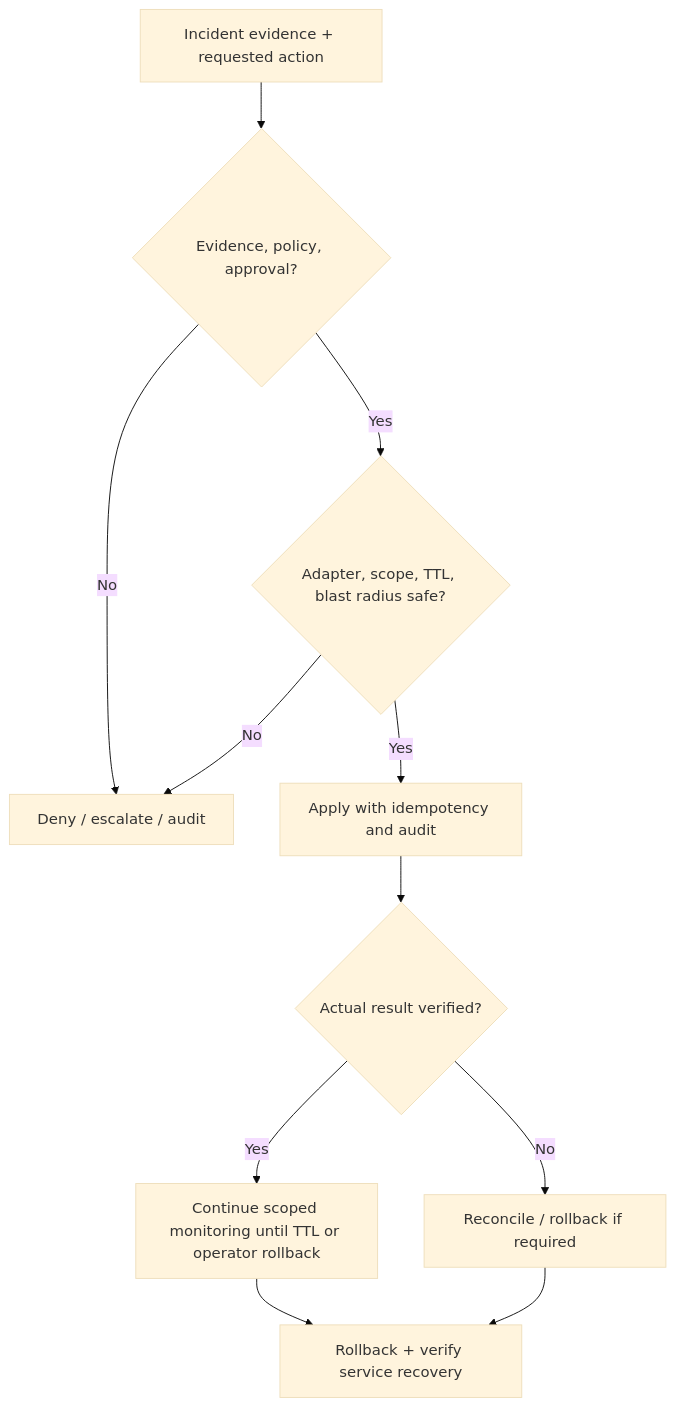
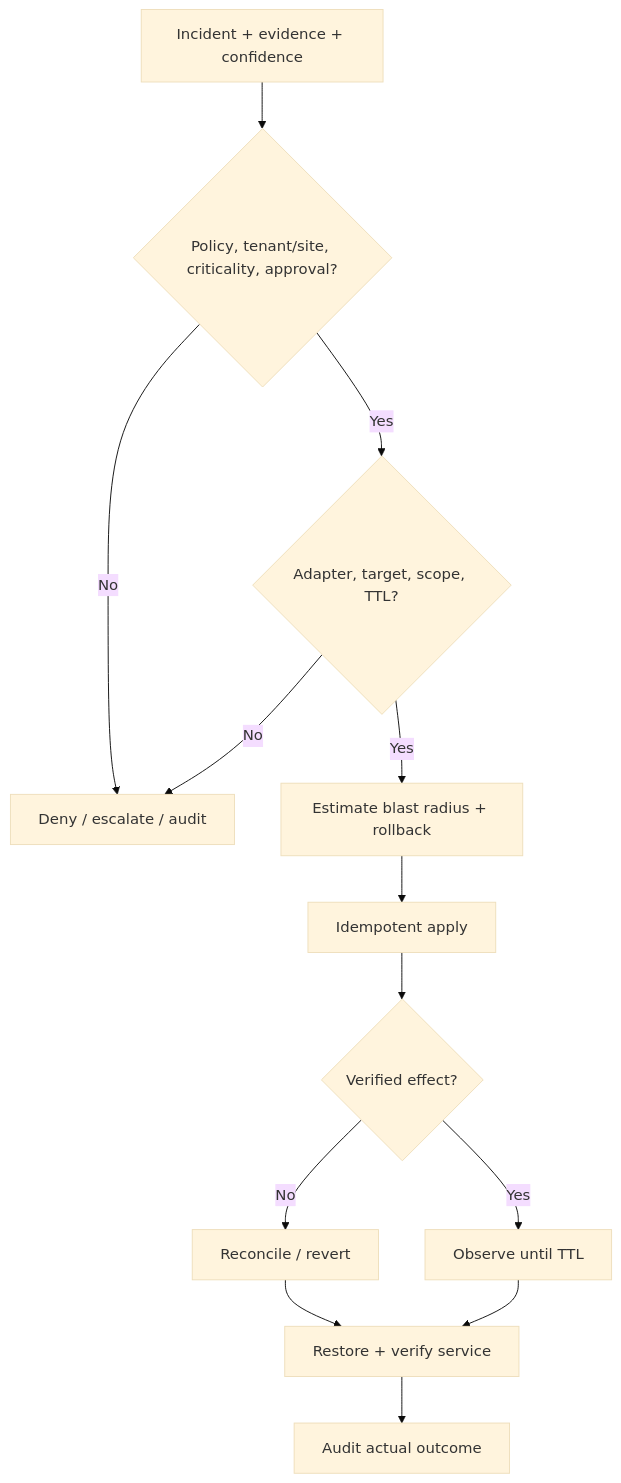
Before and after one commit to Saitanveesh/1: the fourth of 5 diagrams in docs/WORKFLOWS.md, drawn with Mermaid (base theme). The commit also changed other lines of this file and 19 other files, not shown here.

Commit message:
docs: present GAUNT red-blue security milestone with editable flows and owner rights

````diff
--- a/docs/WORKFLOWS.md
+++ b/docs/WORKFLOWS.md
@@ -44,13 +53,15 @@
 ```mermaid
 flowchart TD
-  I["Incident evidence + requested action"] --> P{"Evidence, policy, approval?"}
+  INC["Incident + evidence + confidence"] --> P{"Policy, tenant/site, criticality, approval?"}
   P -->|"No"| DENY["Deny / escalate / audit"]
-  P -->|"Yes"| CAP{"Adapter, scope, TTL, blast radius safe?"}
+  P -->|"Yes"| CAP{"Adapter, target, scope, TTL?"}
   CAP -->|"No"| DENY
-  CAP -->|"Yes"| APPLY["Apply with idempotency and audit"]
-  APPLY --> VERIFY{"Actual result verified?"}
-  VERIFY -->|"No"| RECON["Reconcile / rollback if required"]
-  VERIFY -->|"Yes"| TTL["Continue scoped monitoring until TTL or operator rollback"]
-  TTL --> REC["Rollback + verify service recovery"]
-  RECON --> REC
+  CAP -->|"Yes"| BL["Estimate blast radius + rollback"]
+  BL --> APPLY["Idempotent apply"]
+  APPLY --> V{"Verified effect?"}
+  V -->|"No"| RC["Reconcile / revert"]
+  V -->|"Yes"| TIMER["Observe until TTL"]
+  RC --> REC["Restore + verify service"]
+  TIMER --> REC
+  REC --> AUDIT["Audit actual outcome"]
 ```
````
